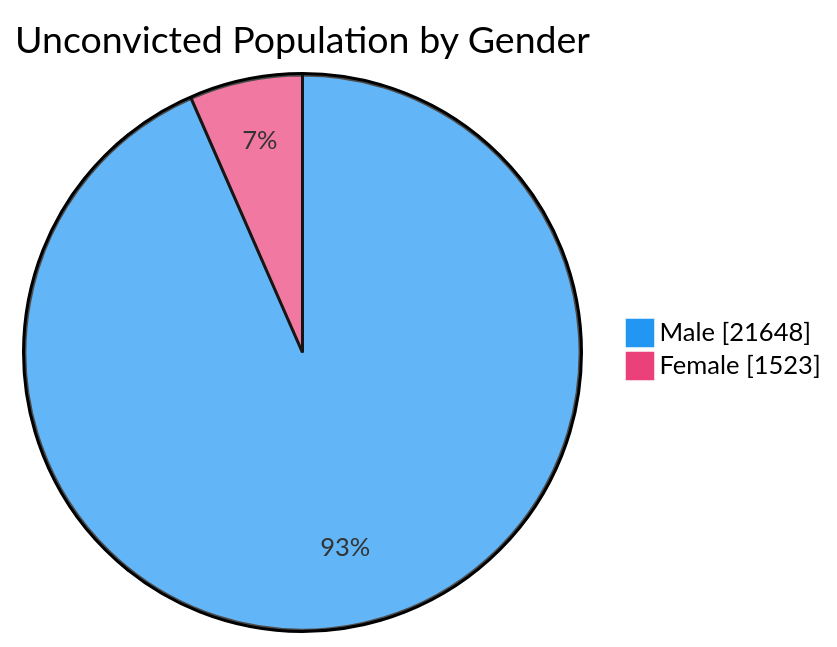
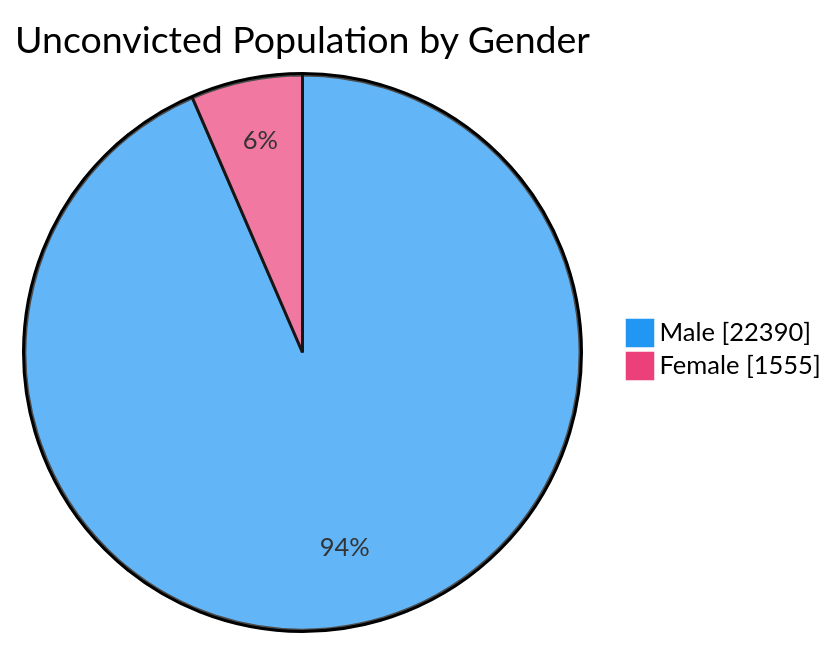
Before and after one commit to nuuuwan/lk_prisons: the fourth of 7 diagrams in README.md, drawn with Mermaid. The commit also changed other lines of this file and 1 other file, not shown here.

````diff
--- a/README.md
+++ b/README.md
@@ -76,6 +76,6 @@
 ```mermaid
 %%{init: {'themeVariables': {'pie1': '#2196F3', 'pie2': '#EC407A'}}}%%
 pie showData title Unconvicted Population by Gender
-    "Male" : 21648
-    "Female" : 1523
+    "Male" : 22390
+    "Female" : 1555
 ```
````
